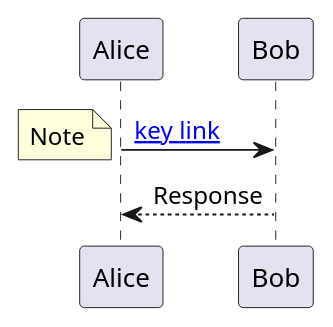
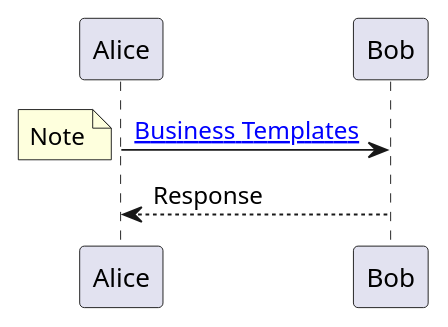
Before and after one commit to sofiayem/rtd-doc-tests: the diagram in docs/source/architecture.rst, drawn with PlantUML. The commit also changed other lines of this file and 1 other file, not shown here.

```diff
--- a/docs/source/architecture.rst
+++ b/docs/source/architecture.rst
@@ -26,7 +21,7 @@
 .. uml::
 
-   Alice -> Bob: [[../architecture.html#key key link]]
+   Alice -> Bob: [[../features.html#business-templates Business Templates]]
    note left
      Note
    end note
    Bob --> Alice: Response
```
